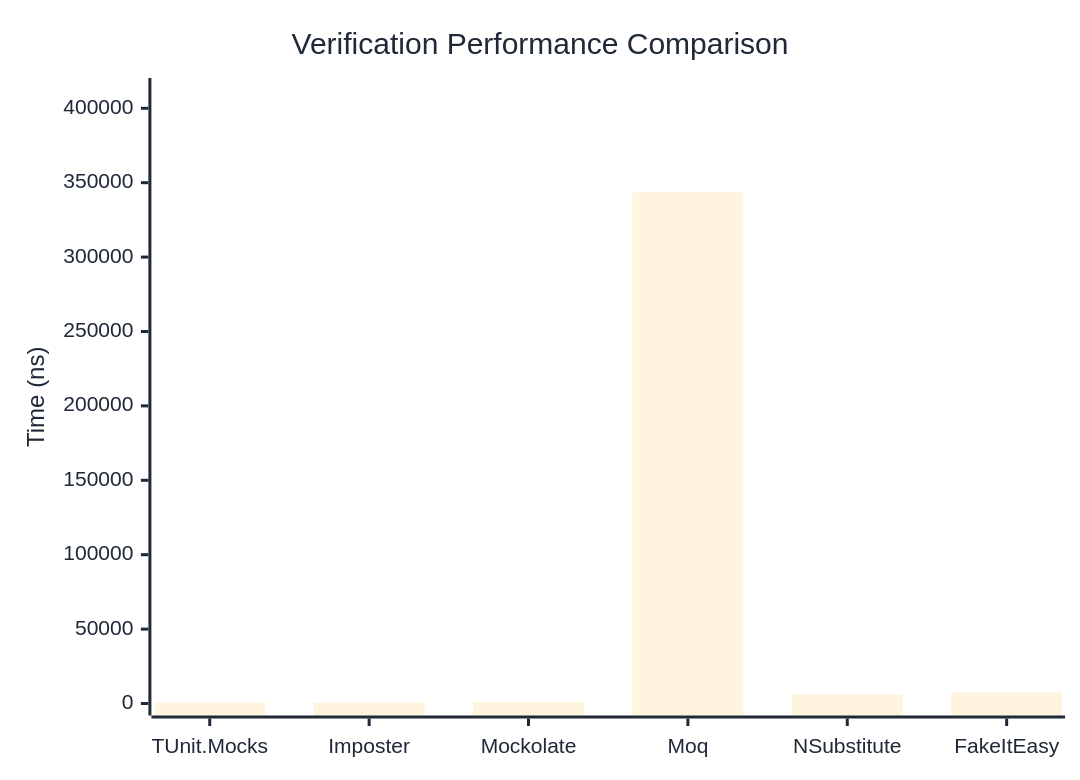
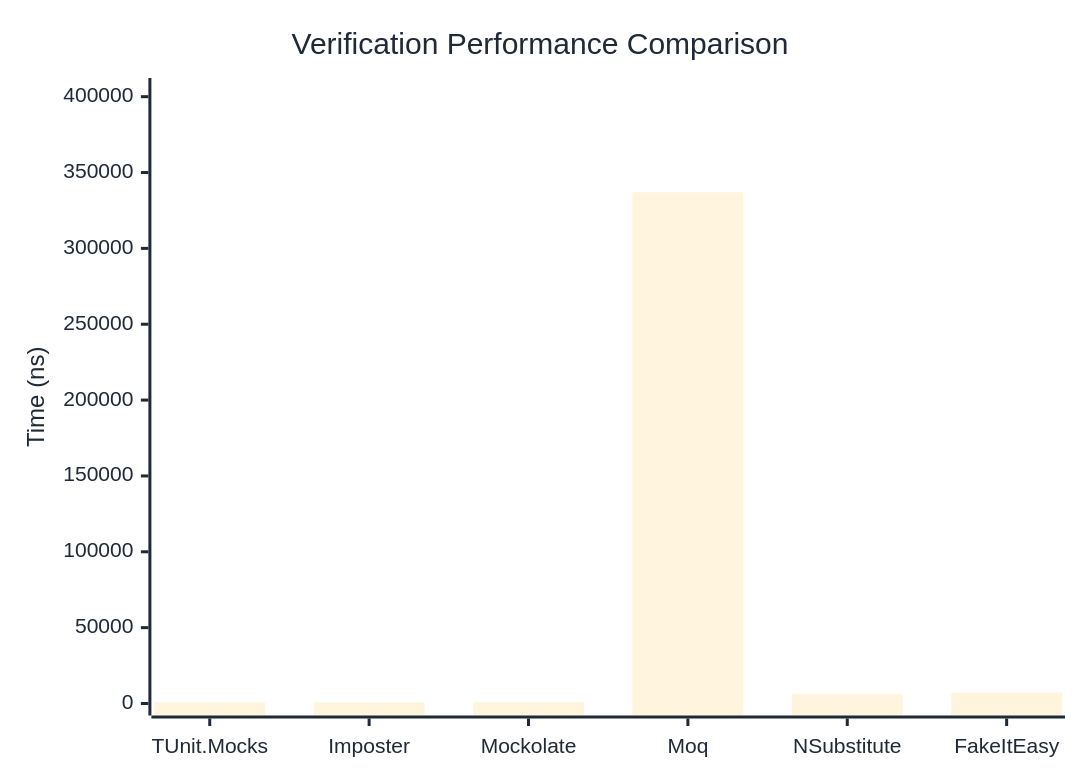
Before and after one commit to thomhurst/TUnit: the first of 3 diagrams in docs/docs/benchmarks/mocks/Verification.md, drawn with Mermaid. The commit also changed other lines of this file and 14 other files, not shown here.

````diff
--- a/docs/docs/benchmarks/mocks/Verification.md
+++ b/docs/docs/benchmarks/mocks/Verification.md
@@ -28,27 +28,27 @@
 ```mermaid
 %%{init: {
   'theme':'base',
   'themeVariables': {
     'primaryColor': '#2563eb',
     'primaryTextColor': '#1f2937',
     'primaryBorderColor': '#1e40af',
     'lineColor': '#6b7280',
     'secondaryColor': '#7c3aed',
     'tertiaryColor': '#dc2626',
     'background': '#ffffff',
     'pie1': '#2563eb',
     'pie2': '#7c3aed',
     'pie3': '#dc2626',
     'pie4': '#f59e0b',
     'pie5': '#10b981',
     'pie6': '#06b6d4',
     'pie7': '#ec4899',
     'pie8': '#6366f1'
   }
 }}%%
 xychart-beta
   title "Verification Performance Comparison"
   x-axis ["TUnit.Mocks", "Imposter", "Mockolate", "Moq", "NSubstitute", "FakeItEasy"]
-  y-axis "Time (ns)" 0 --> 412286
-  bar [729.07, 701.94, 921.45, 343571.12, 6132.88, 7438.86]
+  y-axis "Time (ns)" 0 --> 404404
+  bar [746.63, 703.66, 920.04, 337002.91, 6176.36, 7196.42]
 ```
````
